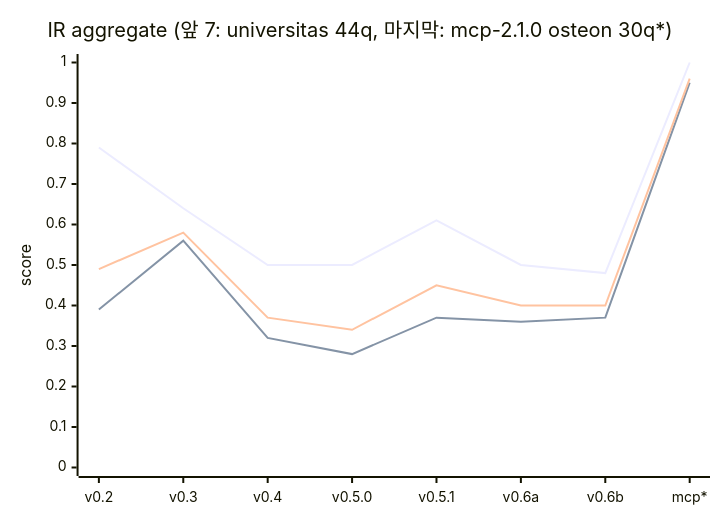
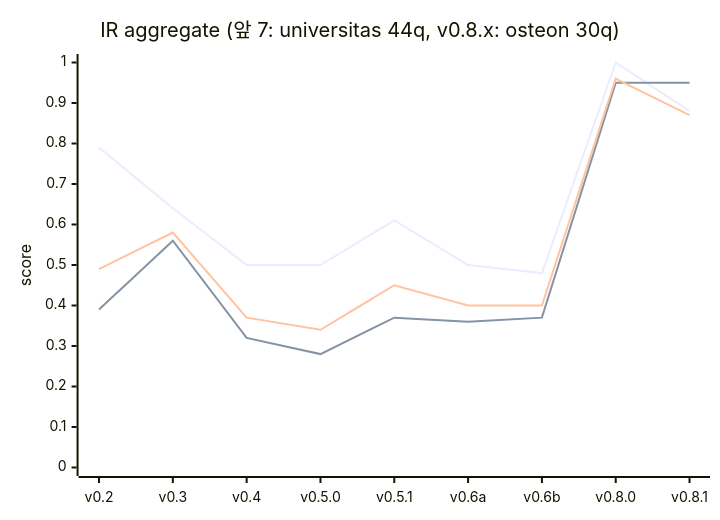
One commit to tojiuni/gopedia changed the diagram in doc/rag-test-reports/README.md. Above: the diagram before and after it, drawn with Mermaid. The commit also changed other lines of this file and 2 other files, not shown here.

First line of the commit message:
docs(rag): update IR metrics chart with v0.8.0 and v0.8.1 results (#39)

````diff
--- a/doc/rag-test-reports/README.md
+++ b/doc/rag-test-reports/README.md
@@ -104,9 +104,9 @@
 ```mermaid
 xychart-beta
-    title "IR aggregate (앞 7: universitas 44q, 마지막: mcp-2.1.0 osteon 30q*)"
-    x-axis [v0.2, v0.3, v0.4, "v0.5.0", "v0.5.1", "v0.6a", "v0.6b", "mcp*"]
+    title "IR aggregate (앞 7: universitas 44q, v0.8.x: osteon 30q)"
+    x-axis [v0.2, v0.3, v0.4, "v0.5.0", "v0.5.1", "v0.6a", "v0.6b", "v0.8.0", "v0.8.1"]
     y-axis "score" 0.0 --> 1.0
-    line [0.79, 0.64, 0.50, 0.50, 0.61, 0.50, 0.48, 1.00]
-    line [0.39, 0.56, 0.32, 0.28, 0.37, 0.36, 0.37, 0.95]
-    line [0.49, 0.58, 0.37, 0.34, 0.45, 0.40, 0.40, 0.96]
+    line [0.79, 0.64, 0.50, 0.50, 0.61, 0.50, 0.48, 1.00, 0.88]
+    line [0.39, 0.56, 0.32, 0.28, 0.37, 0.36, 0.37, 0.95, 0.95]
+    line [0.49, 0.58, 0.37, 0.34, 0.45, 0.40, 0.40, 0.96, 0.87]
 ```
````
